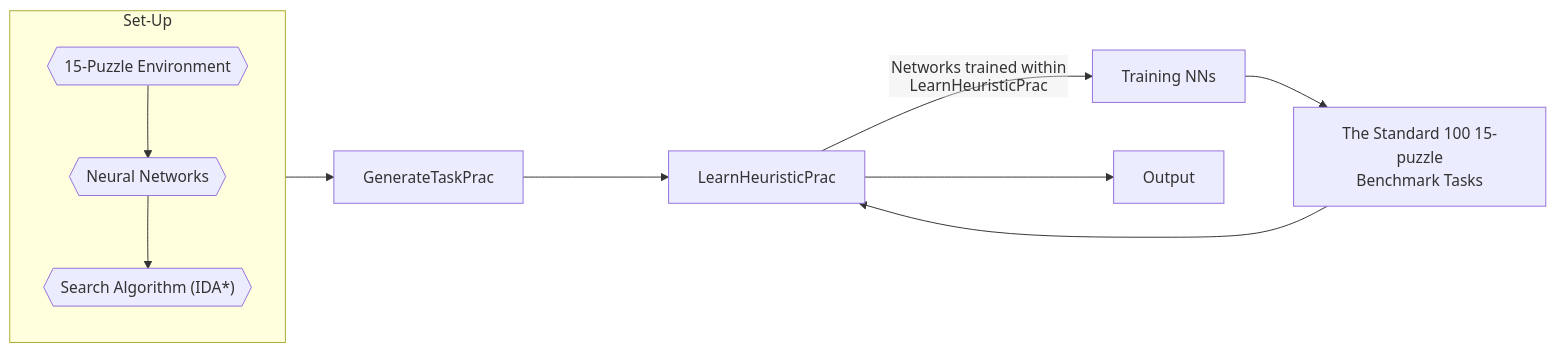
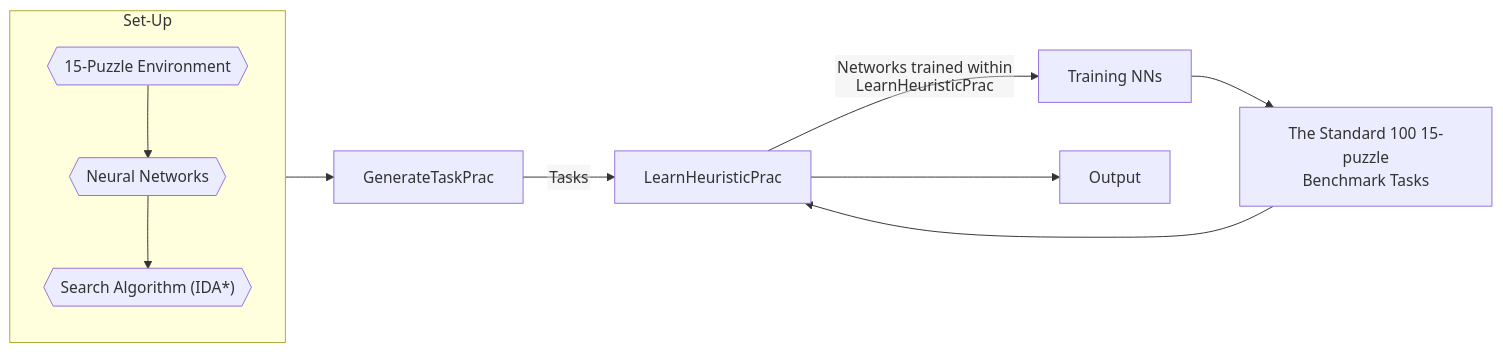
One commit to OShagHennessy/Reproducibility_Assignment changed the diagram in README.md. Above: the diagram before and after it, drawn with Mermaid.

````diff
--- a/README.md
+++ b/README.md
@@ -10,16 +10,16 @@
 ```mermaid
 
 %%{init: {"flowchart": {"htmlLabels": false}} }%%
 flowchart LR
 Algorithm3[GenerateTaskPrac]
 Algorithm4[LearnHeuristicPrac]
 TrainingNNs[Training NNs]
 Kor_Tasks[The Standard 100 15-puzzle
 Benchmark Tasks]
 Output[Output]
-Set-Up --> Algorithm3 ----> Algorithm4 --Networks trained within LearnHeuristicPrac--> TrainingNNs --> Kor_Tasks --> Algorithm4 --> Output
+Set-Up --> Algorithm3 --Tasks--> Algorithm4 --Networks trained within LearnHeuristicPrac--> TrainingNNs --> Kor_Tasks --> Algorithm4 --> Output
 subgraph "Set-Up"
   a{{"`15-Puzzle Environment`"}} --> b{{"`Neural Networks`"}} --> c{{"`Search Algorithm (IDA*)`"}}
 end
 
 ```
````
